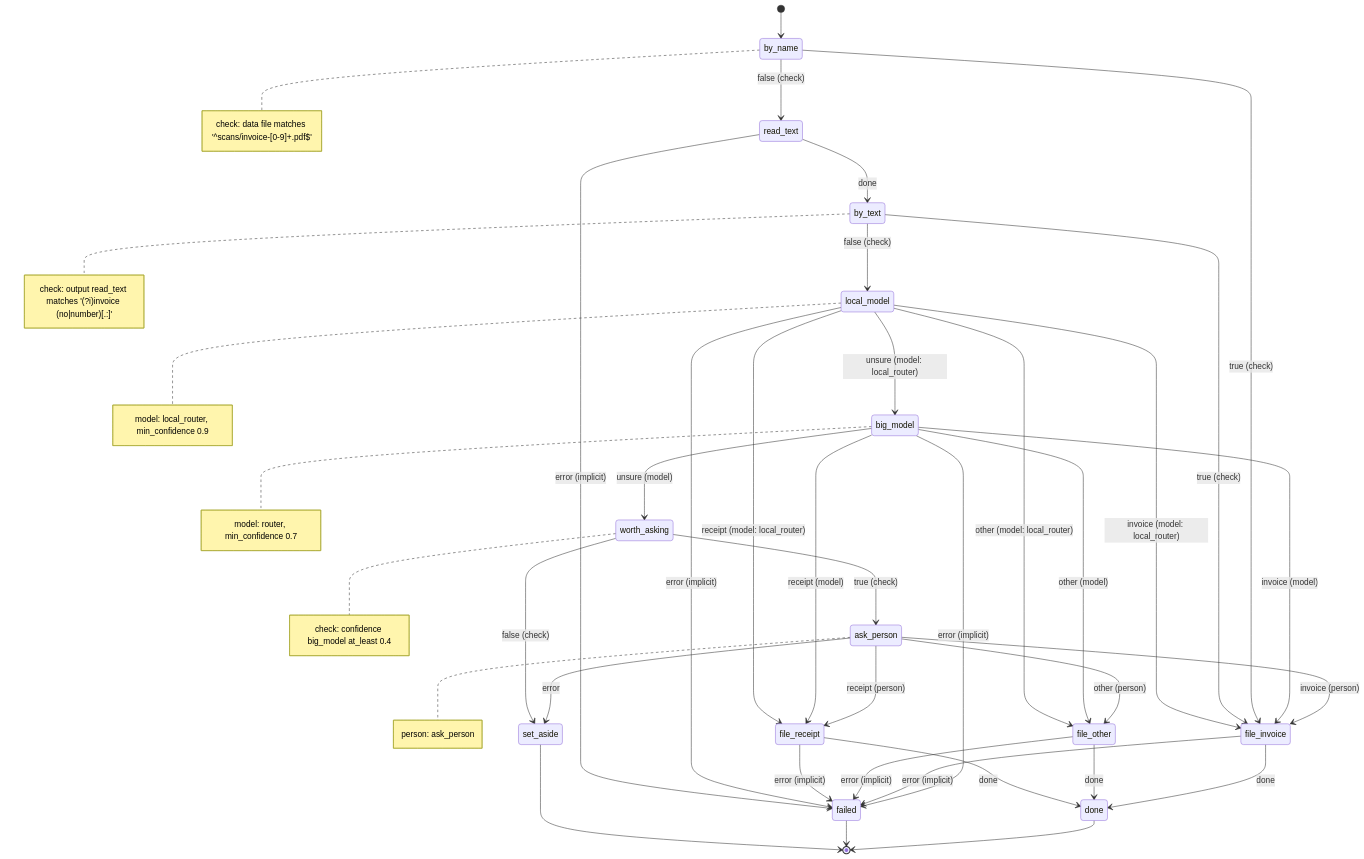
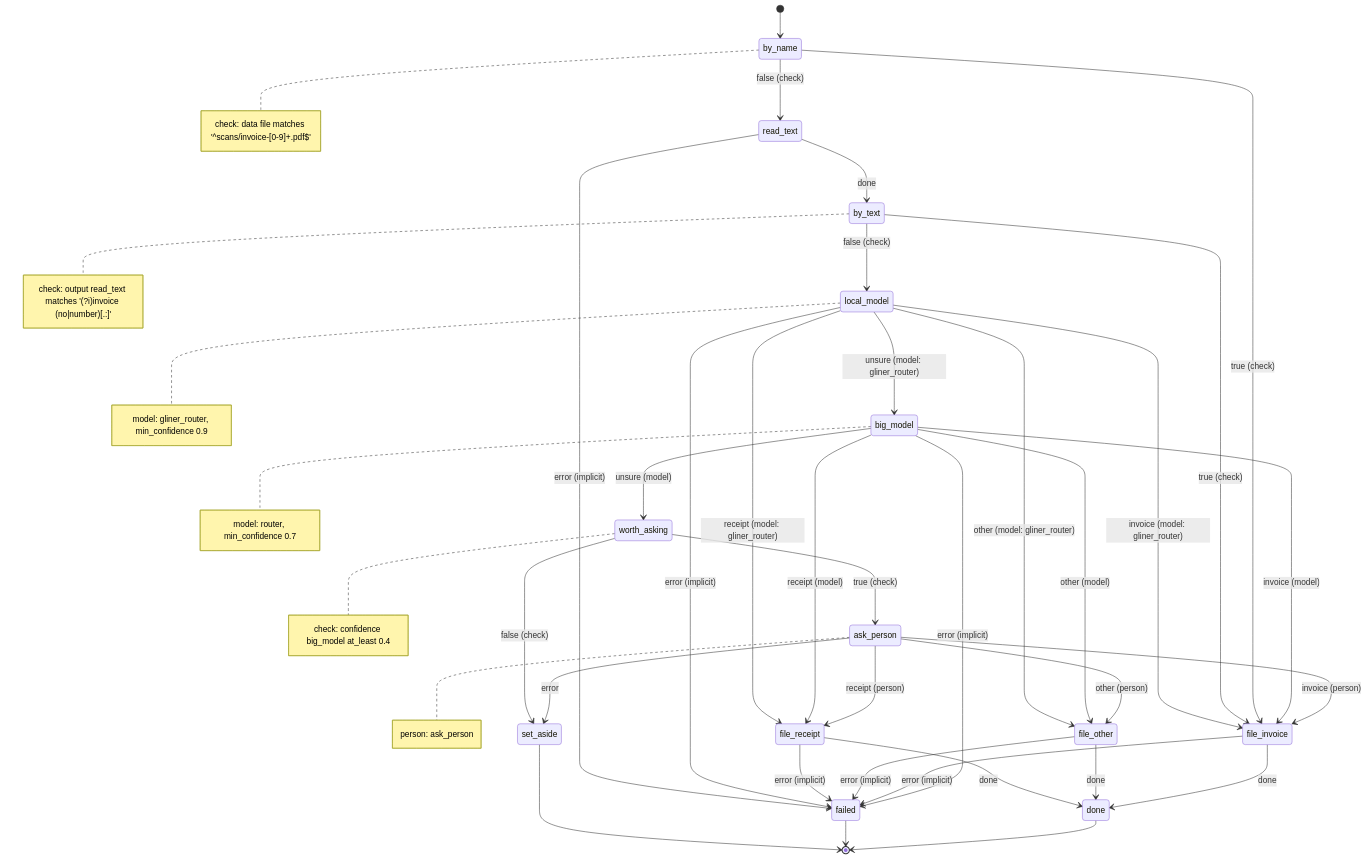
Before and after one commit to jtmckay/decree: the diagram in examples/sort-documents/.decree/graph/sort_document.md, drawn with Mermaid. The commit also changed 51 other files, not shown here.

````diff
--- a/examples/sort-documents/.decree/graph/sort_document.md
+++ b/examples/sort-documents/.decree/graph/sort_document.md
@@ -7,53 +7,53 @@
 ```mermaid
 stateDiagram-v2
     [*] --> by_name
     ask_person --> set_aside: error
     ask_person --> file_invoice: invoice (person)
     ask_person --> file_other: other (person)
     ask_person --> file_receipt: receipt (person)
     big_model --> failed: error (implicit)
     big_model --> file_invoice: invoice (model)
     big_model --> file_other: other (model)
     big_model --> file_receipt: receipt (model)
     big_model --> worth_asking: unsure (model)
     by_name --> read_text: false (check)
     by_name --> file_invoice: true (check)
     by_text --> local_model: false (check)
     by_text --> file_invoice: true (check)
     file_invoice --> done: done
     file_invoice --> failed: error (implicit)
     file_other --> done: done
     file_other --> failed: error (implicit)
     file_receipt --> done: done
     file_receipt --> failed: error (implicit)
     local_model --> failed: error (implicit)
-    local_model --> file_invoice: invoice (model: local_router)
-    local_model --> file_other: other (model: local_router)
-    local_model --> file_receipt: receipt (model: local_router)
-    local_model --> big_model: unsure (model: local_router)
+    local_model --> file_invoice: invoice (model: gliner_router)
+    local_model --> file_other: other (model: gliner_router)
+    local_model --> file_receipt: receipt (model: gliner_router)
+    local_model --> big_model: unsure (model: gliner_router)
     read_text --> by_text: done
     read_text --> failed: error (implicit)
     worth_asking --> set_aside: false (check)
     worth_asking --> ask_person: true (check)
     done --> [*]
     failed --> [*]
     set_aside --> [*]
     note right of ask_person
         person: ask_person
     end note
     note right of big_model
         model: router, min_confidence 0.7
     end note
     note right of by_name
         check: data file matches '^scans/invoice-[0-9]+\.pdf$'
     end note
     note right of by_text
         check: output read_text matches '(?i)invoice (no|number)[.:]'
     end note
     note right of local_model
-        model: local_router, min_confidence 0.9
+        model: gliner_router, min_confidence 0.9
     end note
     note right of worth_asking
         check: confidence big_model at_least 0.4
     end note
 ```
````
